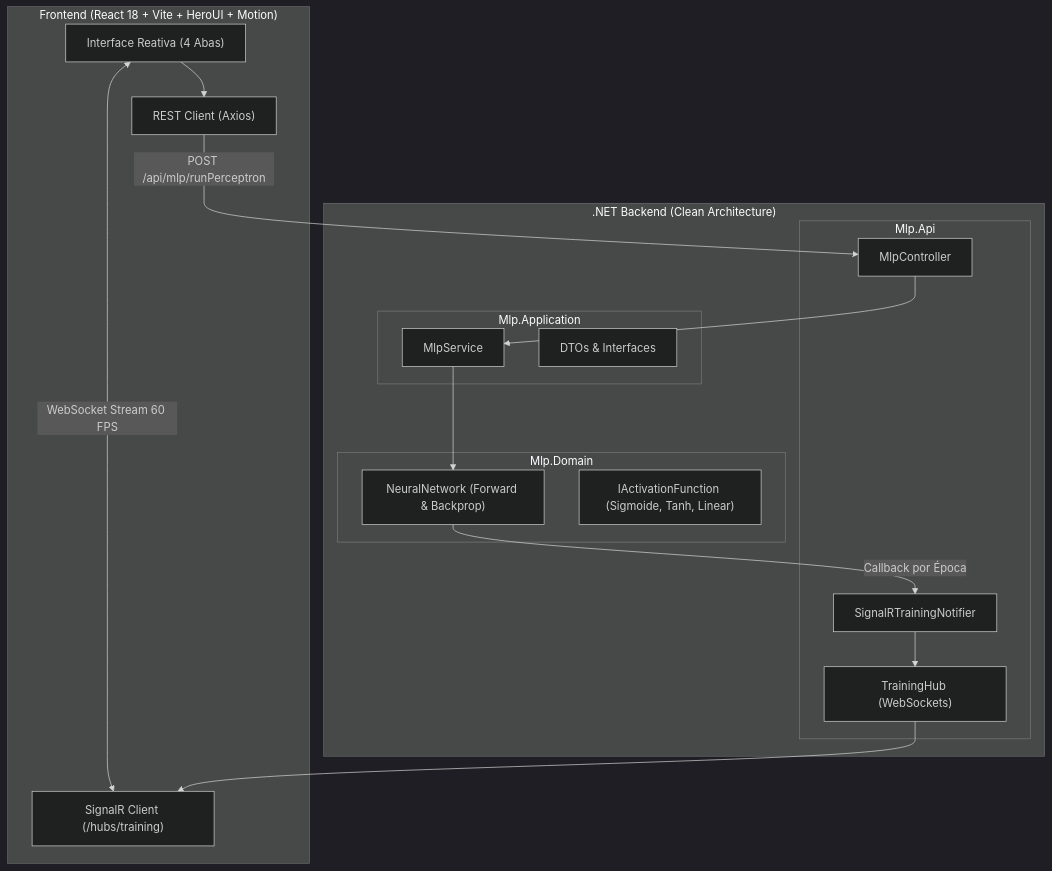
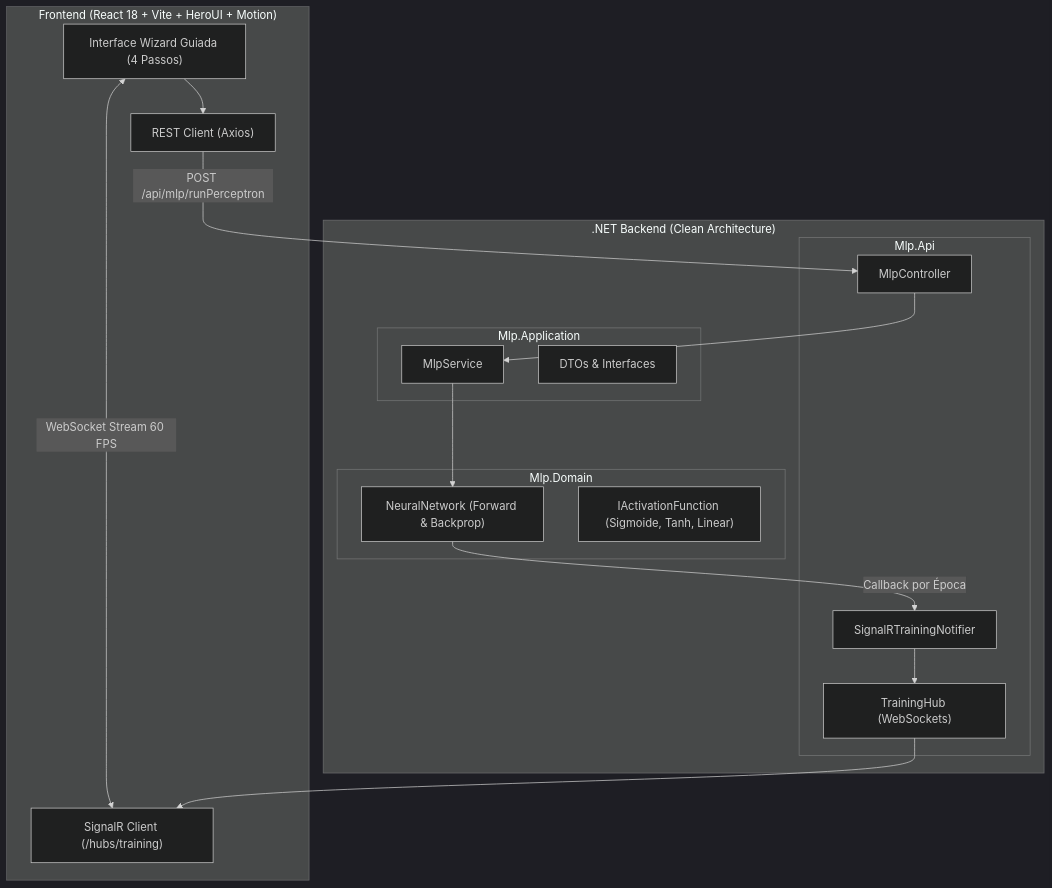
The first of 2 diagrams in README.md (JoaoVitorDiass/mlp-neural-network-visualizer), drawn with Mermaid (dark theme) before and after one commit. The commit also changed other lines of this file and 6 other files, not shown here.

````diff
--- a/README.md
+++ b/README.md
@@ -42,35 +44,35 @@
 ```mermaid
 flowchart TD
     subgraph Client["Frontend (React 18 + Vite + HeroUI + Motion)"]
-        UI["Interface Reativa (4 Abas)"]
+        UI["Interface Wizard Guiada (4 Passos)"]
         WS["SignalR Client (/hubs/training)"]
         REST["REST Client (Axios)"]
     end
 
     subgraph Backend[".NET Backend (Clean Architecture)"]
         subgraph Api["Mlp.Api"]
             CTRL["MlpController"]
             HUB["TrainingHub (WebSockets)"]
             NOTIF["SignalRTrainingNotifier"]
         end
 
         subgraph Application["Mlp.Application"]
             SVC["MlpService"]
             DTO["DTOs & Interfaces"]
         end
 
         subgraph Domain["Mlp.Domain"]
             NN["NeuralNetwork (Forward & Backprop)"]
             ACT["IActivationFunction (Sigmoide, Tanh, Linear)"]
         end
     end
 
     UI --> REST
     UI <-->|WebSocket Stream 60 FPS| WS
     REST -->|POST /api/mlp/runPerceptron| CTRL
     CTRL --> SVC
     SVC --> NN
     NN -->|Callback por Época| NOTIF
     NOTIF --> HUB
     HUB --> WS
 ```
````
